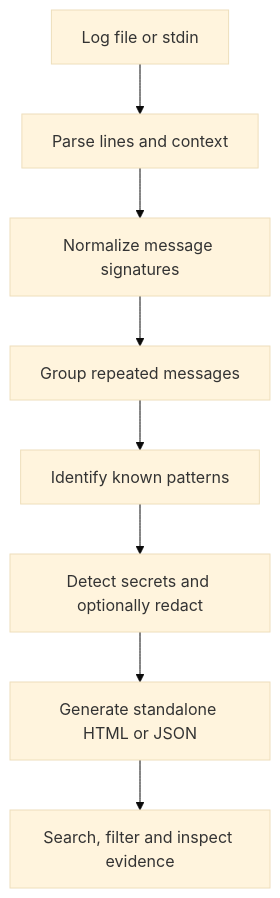
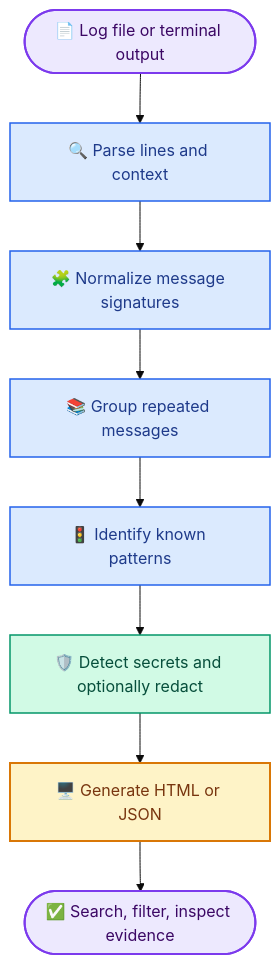
One commit to Lidnas/Logloom changed the diagram in README.md. Above: the diagram before and after it, drawn with Mermaid (base theme). The commit also changed other lines of this file, not shown here.

````diff
--- a/README.md
+++ b/README.md
@@ -100,10 +141,19 @@
 ```mermaid
 flowchart TD
-    A["Log file or stdin"] --> B["Parse lines and context"]
-    B --> C["Normalize message signatures"]
-    C --> D["Group repeated messages"]
-    D --> E["Identify known patterns"]
-    E --> F["Detect secrets and optionally redact"]
-    F --> G["Generate standalone HTML or JSON"]
-    G --> H["Search, filter and inspect evidence"]
+    A(["📄 Log file or terminal output"]) --> B["🔍 Parse lines and context"]
+    B --> C["🧩 Normalize message signatures"]
+    C --> D["📚 Group repeated messages"]
+    D --> E["🚦 Identify known patterns"]
+    E --> F["🛡️ Detect secrets and optionally redact"]
+    F --> G["🖥️ Generate HTML or JSON"]
+    G --> H(["✅ Search, filter, inspect evidence"])
+
+    classDef input fill:#EDE9FE,stroke:#7C3AED,color:#3B0764,stroke-width:2px
+    classDef process fill:#DBEAFE,stroke:#2563EB,color:#1E3A8A,stroke-width:1.5px
+    classDef safety fill:#D1FAE5,stroke:#059669,color:#064E3B,stroke-width:1.5px
+    classDef output fill:#FEF3C7,stroke:#D97706,color:#78350F,stroke-width:2px
+    class A,H input
+    class B,C,D,E process
+    class F safety
+    class G output
 ```
````
